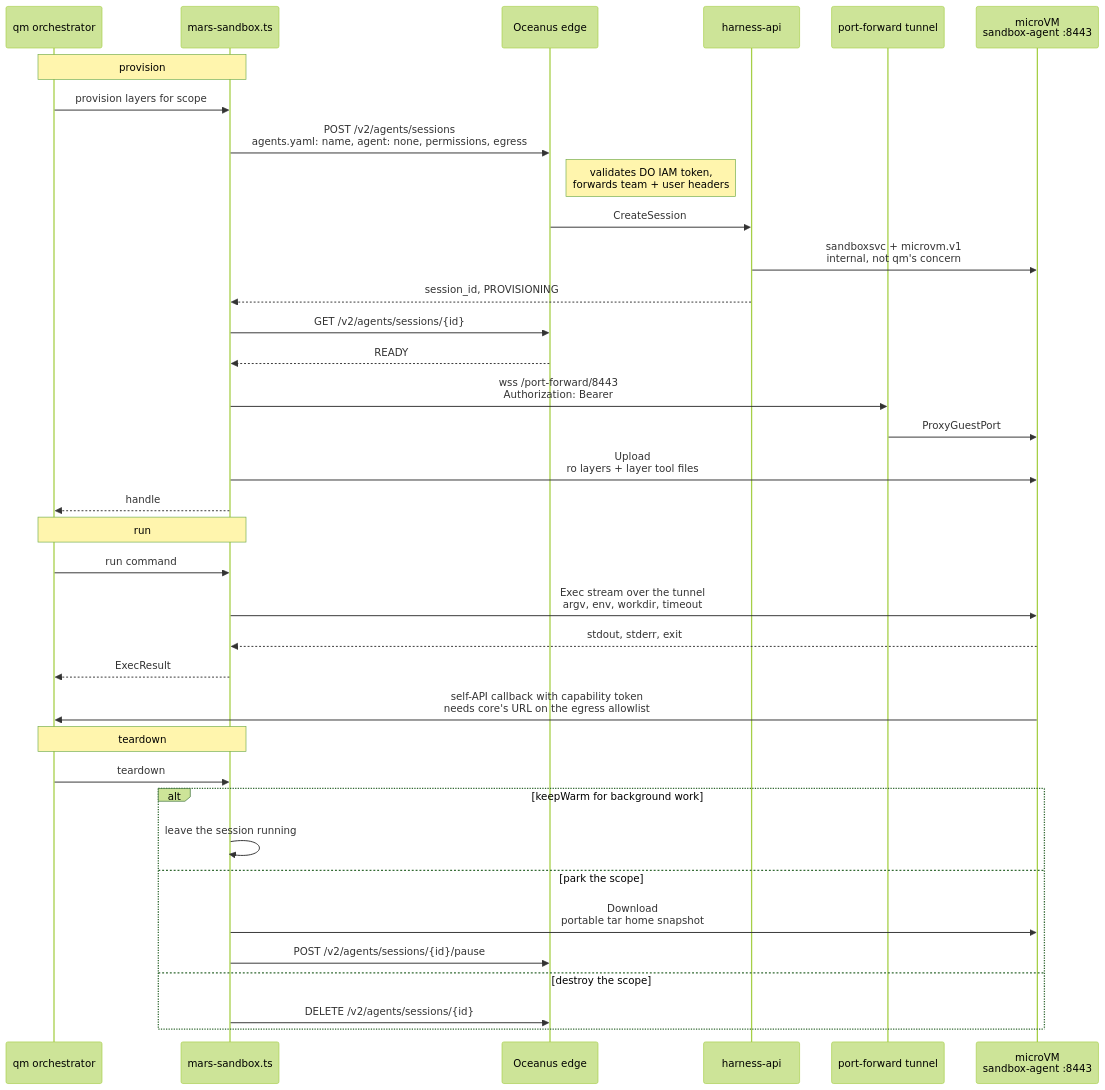
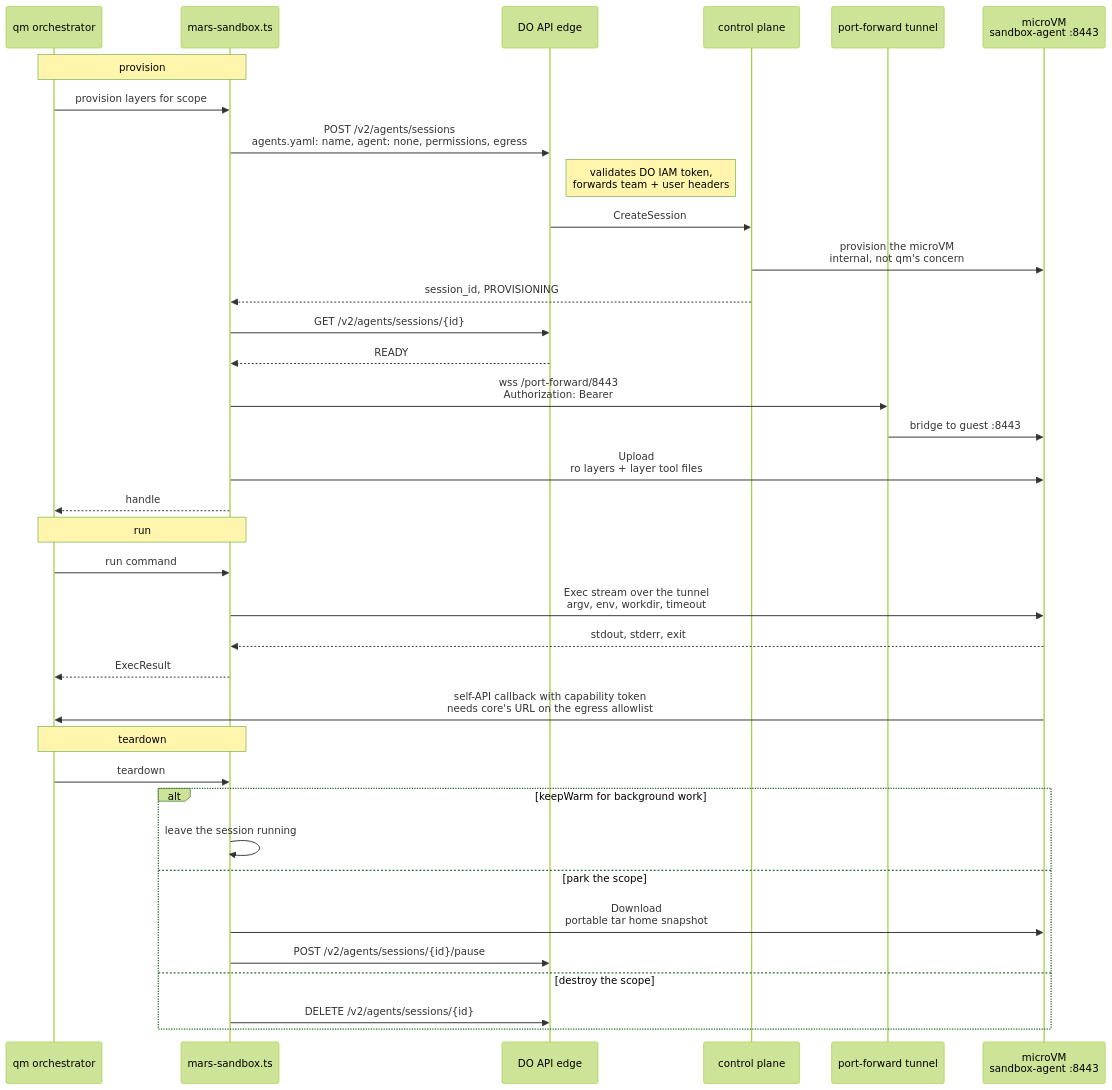
The second of 2 diagrams in adrs/mars-sandbox-backend.md (nkurraDO/qm), drawn with Mermaid (forest theme) before and after one commit. The commit also changed other lines of this file and 8 other files, not shown here.

````diff
--- a/adrs/mars-sandbox-backend.md
+++ b/adrs/mars-sandbox-backend.md
@@ -29,41 +29,41 @@
 ```mermaid
 sequenceDiagram
   participant O as qm orchestrator
   participant B as mars-sandbox.ts
-  participant E as Oceanus edge
-  participant H as harness-api
+  participant E as DO API edge
+  participant H as control plane
   participant T as port-forward tunnel
   participant V as microVM<br/>sandbox-agent :8443
 
   Note over O,B: provision
   O->>B: provision layers for scope
   B->>E: POST /v2/agents/sessions<br/>agents.yaml: name, agent: none, permissions, egress
   Note right of E: validates DO IAM token,<br/>forwards team + user headers
   E->>H: CreateSession
-  H->>V: sandboxsvc + microvm.v1<br/>internal, not qm's concern
+  H->>V: provision the microVM<br/>internal, not qm's concern
   H-->>B: session_id, PROVISIONING
   B->>E: GET /v2/agents/sessions/{id}
   E-->>B: READY
   B->>T: wss /port-forward/8443<br/>Authorization: Bearer
-  T->>V: ProxyGuestPort
+  T->>V: bridge to guest :8443
   B->>V: Upload<br/>ro layers + layer tool files
   B-->>O: handle
 
   Note over O,B: run
   O->>B: run command
   B->>V: Exec stream over the tunnel<br/>argv, env, workdir, timeout
   V-->>B: stdout, stderr, exit
   B-->>O: ExecResult
   V->>O: self-API callback with capability token<br/>needs core's URL on the egress allowlist
 
   Note over O,B: teardown
   O->>B: teardown
   alt keepWarm for background work
     B->>B: leave the session running
   else park the scope
     B->>V: Download<br/>portable tar home snapshot
     B->>E: POST /v2/agents/sessions/{id}/pause
   else destroy the scope
     B->>E: DELETE /v2/agents/sessions/{id}
   end
 ```
````
